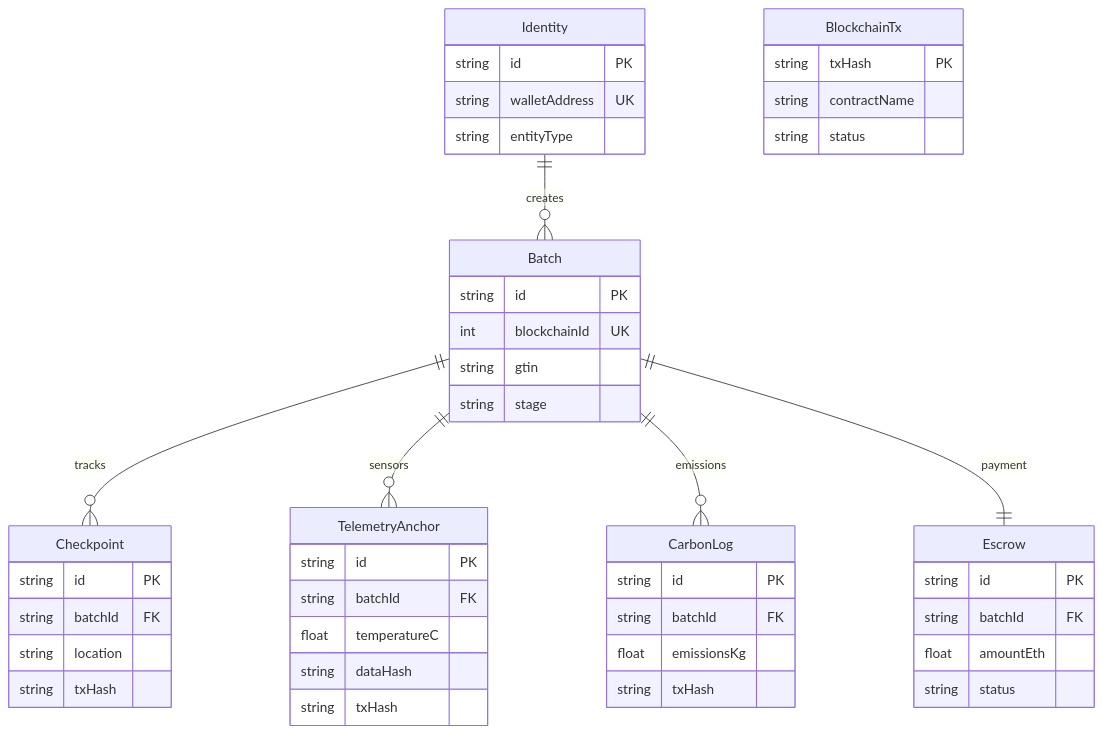
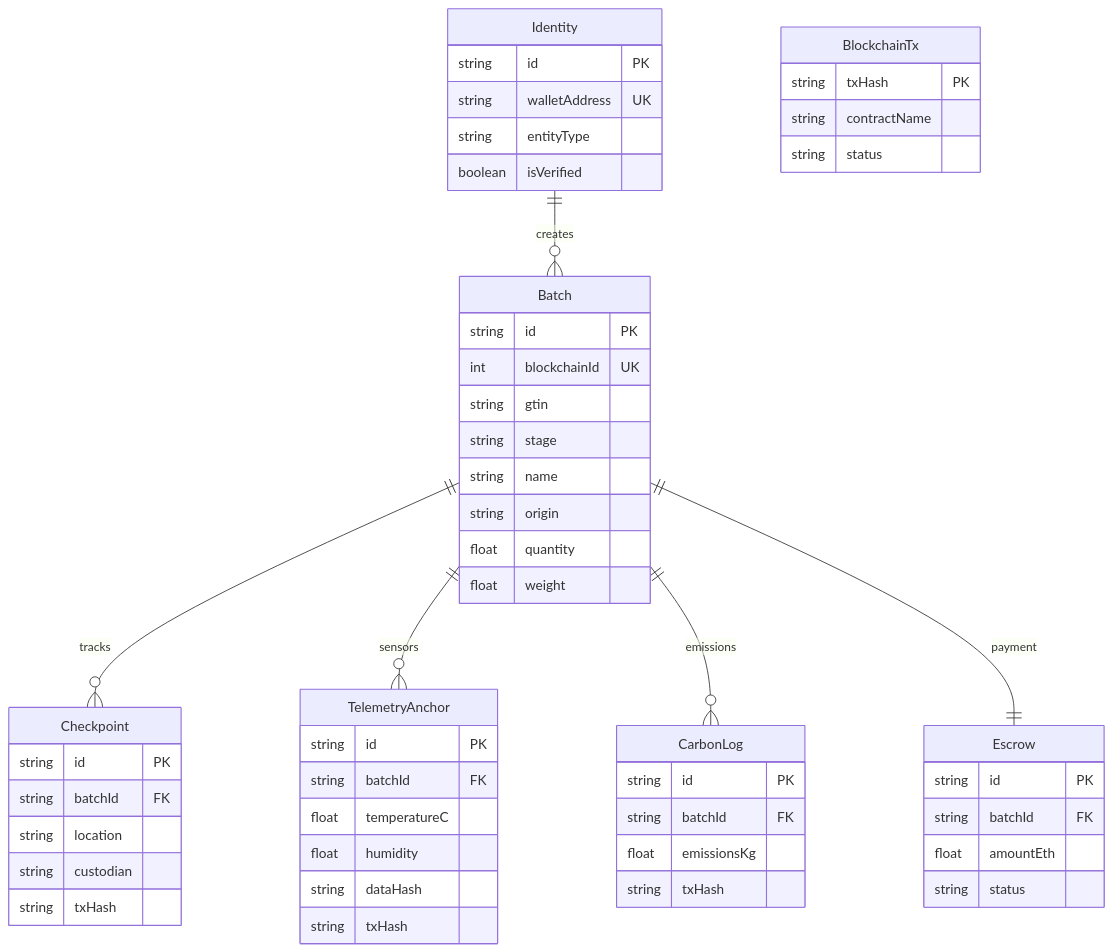
Before and after one commit to mohitdeshmukhdev/MST-SupplyChain: the fourth of 4 diagrams in README.md, drawn with Mermaid. The commit also changed other lines of this file and 54 other files, not shown here.

Commit message:
Deploy readiness: Add workflows, UI fixes, component refactoring, and update README diagram

````diff
--- a/README.md
+++ b/README.md
@@ -237,50 +249,57 @@
 ```mermaid
 erDiagram
     Identity {
         string id PK
         string walletAddress UK
         string entityType
+        boolean isVerified
     }
     Batch {
         string id PK
         int blockchainId UK
         string gtin
         string stage
+        string name
+        string origin
+        float quantity
+        float weight
     }
     Checkpoint {
         string id PK
         string batchId FK
         string location
+        string custodian
         string txHash
     }
     TelemetryAnchor {
         string id PK
         string batchId FK
         float temperatureC
+        float humidity
         string dataHash
         string txHash
     }
     CarbonLog {
         string id PK
         string batchId FK
         float emissionsKg
         string txHash
     }
     Escrow {
         string id PK
         string batchId FK
         float amountEth
         string status
     }
     BlockchainTx {
         string txHash PK
         string contractName
         string status
     }
 
     Identity ||--o{ Batch : "creates"
     Batch ||--o{ Checkpoint : "tracks"
     Batch ||--o{ TelemetryAnchor : "sensors"
     Batch ||--o{ CarbonLog : "emissions"
     Batch ||--|| Escrow : "payment"
 ```
````
